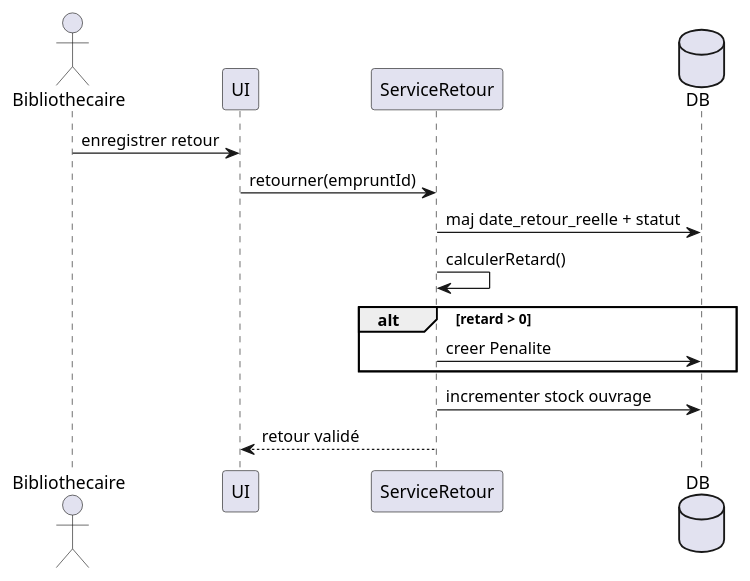
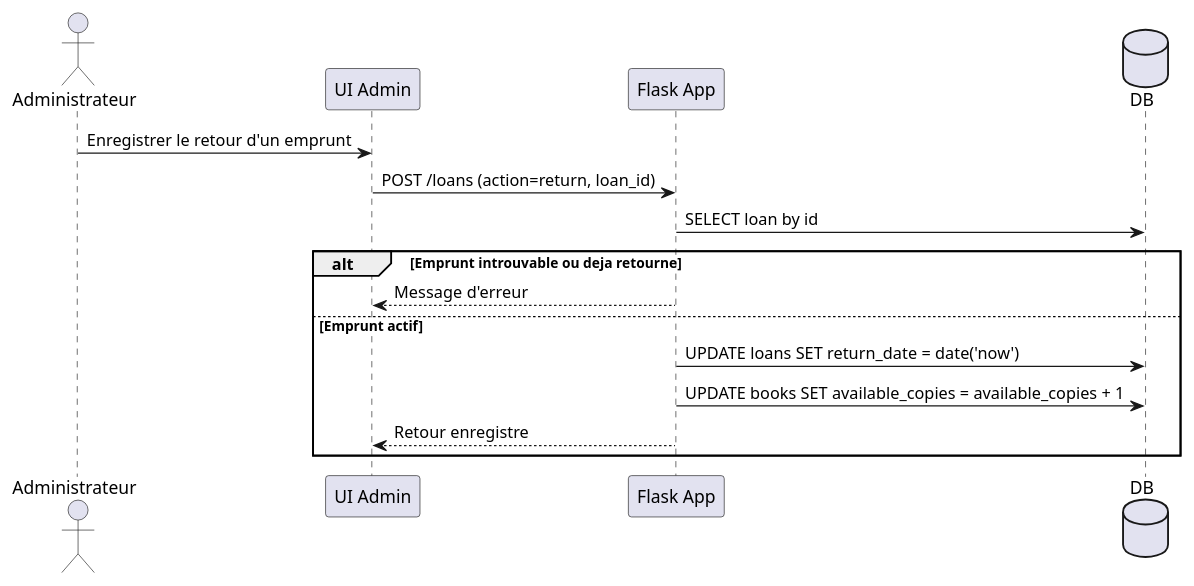
Before and after one commit to JunRoot29/Gestion-d-une-Bibliotheque: the diagram in diagrams/sequence_retour.puml, drawn with PlantUML. The commit also changed 16 other files, not shown here.

```diff
--- a/diagrams/sequence_retour.puml
+++ b/diagrams/sequence_retour.puml
@@ -1,16 +1,17 @@
 @startuml
-actor Bibliothecaire
-participant UI
-participant "ServiceRetour" as S
+actor Administrateur
+participant "UI Admin" as UI
+participant "Flask App" as APP
 database DB
 
-Bibliothecaire -> UI : enregistrer retour
-UI -> S : retourner(empruntId)
-S -> DB : maj date_retour_reelle + statut
-S -> S : calculerRetard()
-alt retard > 0
-  S -> DB : creer Penalite
+Administrateur -> UI : Enregistrer le retour d'un emprunt
+UI -> APP : POST /loans (action=return, loan_id)
+APP -> DB : SELECT loan by id
+alt Emprunt introuvable ou deja retourne
+  APP --> UI : Message d'erreur
+else Emprunt actif
+  APP -> DB : UPDATE loans SET return_date = date('now')
+  APP -> DB : UPDATE books SET available_copies = available_copies + 1
+  APP --> UI : Retour enregistre
 end
-S -> DB : incrementer stock ouvrage
-S --> UI : retour validé
 @enduml
```
